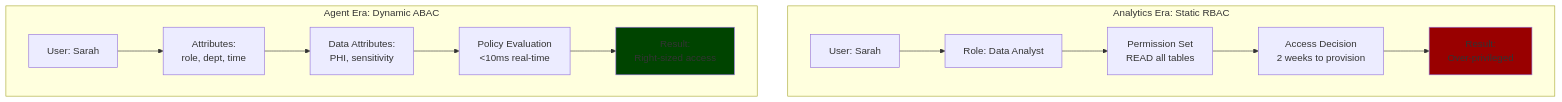
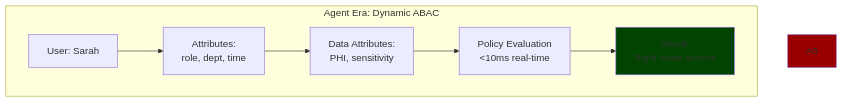
The seventh of 12 diagrams in chapter-00/chapter_00_complete.md (colaberry/enterprise-data-readiness-ai-agents), drawn with Mermaid before and after one commit. The commit also changed other lines of this file, not shown here.

````diff
--- a/chapter-00/chapter_00_complete.md
+++ b/chapter-00/chapter_00_complete.md
@@ -337,19 +349,12 @@
 ```mermaid
 graph TB
-    subgraph "Analytics Era: Static RBAC"
-        A1[User: Sarah] --> A2[Role: Data Analyst]
-        A2 --> A3[Permission Set<br/>READ all tables]
-        A3 --> A4[Access Decision<br/>2 weeks to provision]
-        A4 --> A5[Result:<br/>Over-privileged]
-    end
-    
     subgraph "Agent Era: Dynamic ABAC"
         B1[User: Sarah] --> B2[Attributes:<br/>role, dept, time]
         B2 --> B3[Data Attributes:<br/>PHI, sensitivity]
         B3 --> B4[Policy Evaluation<br/><10ms real-time]
         B4 --> B5[Result:<br/>Right-sized access]
     end
     
     style A5 fill:#990000
     style B5 fill:#004400
 ```
````
